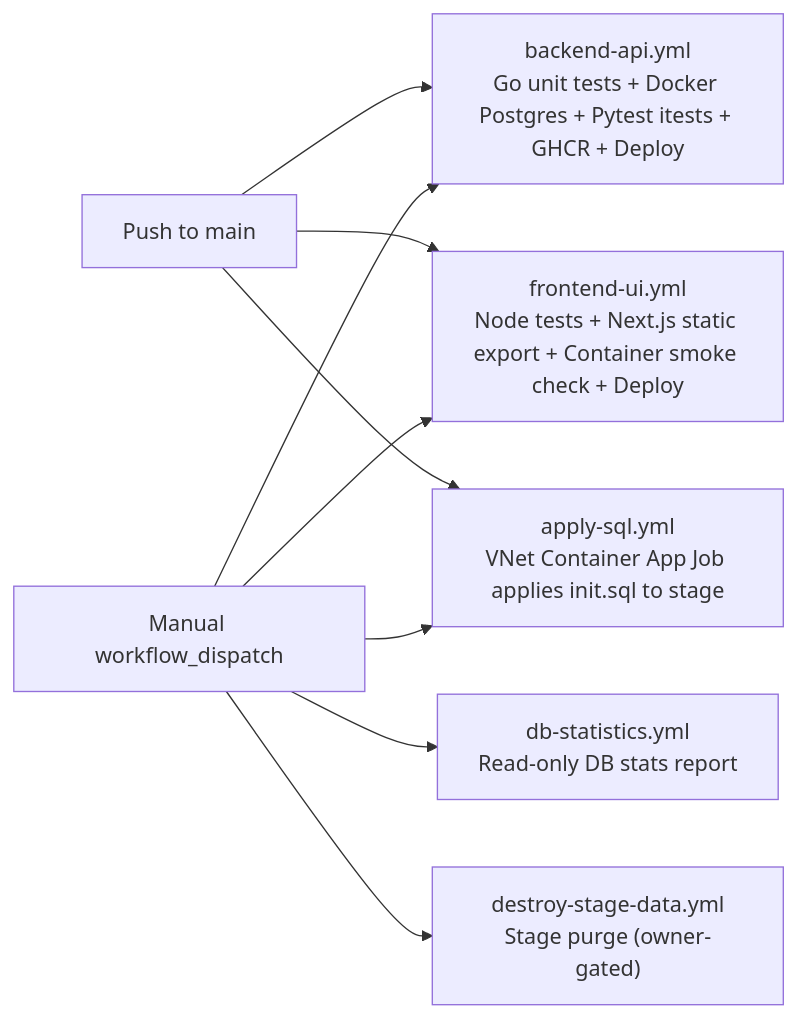
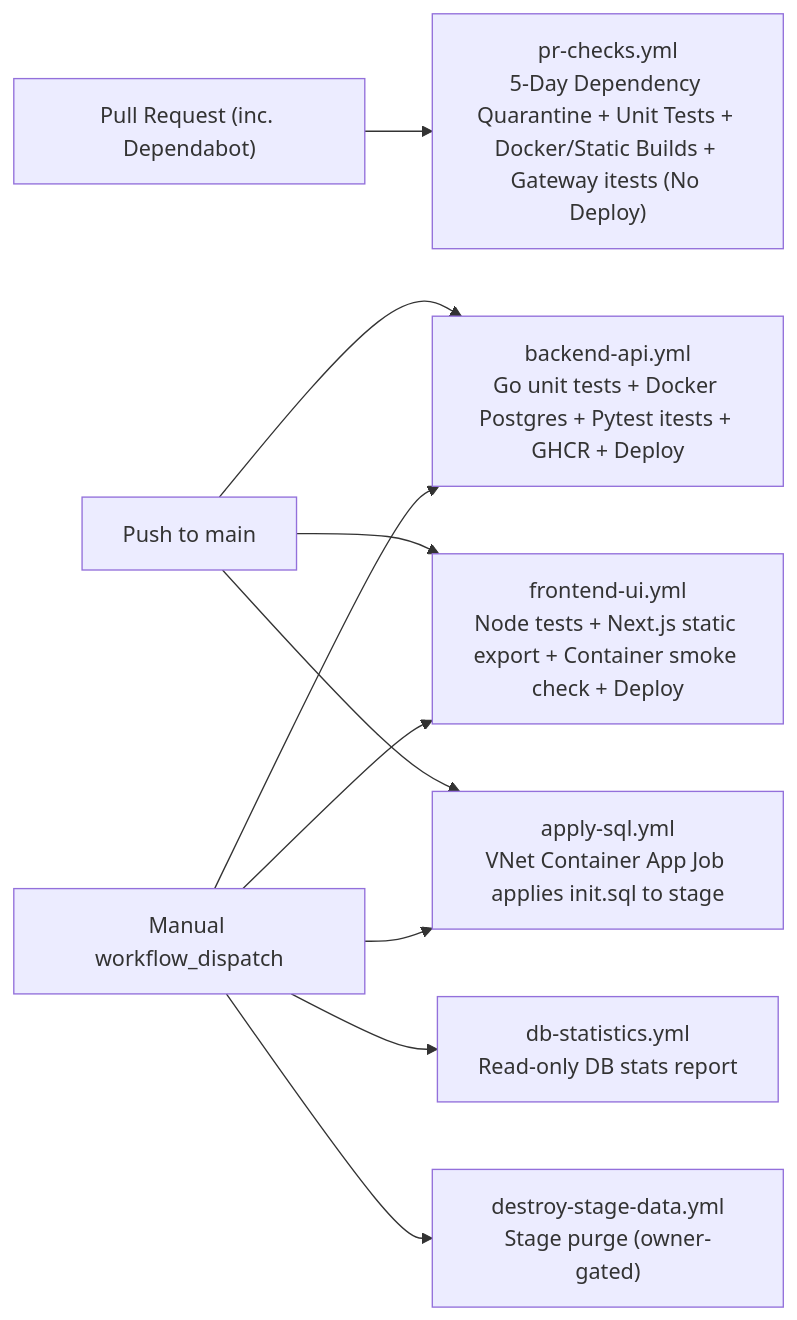
Before and after one commit to ZacharyCalvert/plannedwallet-ai: the third of 3 diagrams in README.md, drawn with Mermaid. The commit also changed other lines of this file and 4 other files, not shown here.

Commit message:
Dependency enforcement as well as pull request enforcement

````diff
--- a/README.md
+++ b/README.md
@@ -209,12 +209,14 @@
 ```mermaid
 flowchart LR
+    PR["Pull Request (inc. Dependabot)"] --> PRGate["pr-checks.yml<br/>5-Day Dependency Quarantine + Unit Tests + Docker/Static Builds + Gateway itests (No Deploy)"]
+
     PushMain["Push to main"] --> BackendWF["backend-api.yml<br/>Go unit tests + Docker Postgres + Pytest itests + GHCR + Deploy"]
     PushMain --> FrontendWF["frontend-ui.yml<br/>Node tests + Next.js static export + Container smoke check + Deploy"]
     PushMain --> SqlWF["apply-sql.yml<br/>VNet Container App Job applies init.sql to stage"]
 
     Manual["Manual workflow_dispatch"] --> BackendWF
     Manual --> FrontendWF
     Manual --> SqlWF
     Manual --> StatsWF["db-statistics.yml<br/>Read-only DB stats report"]
     Manual --> DestroyWF["destroy-stage-data.yml<br/>Stage purge (owner-gated)"]
 ```
````
